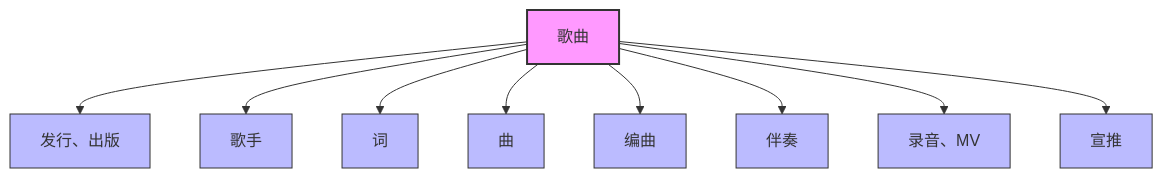
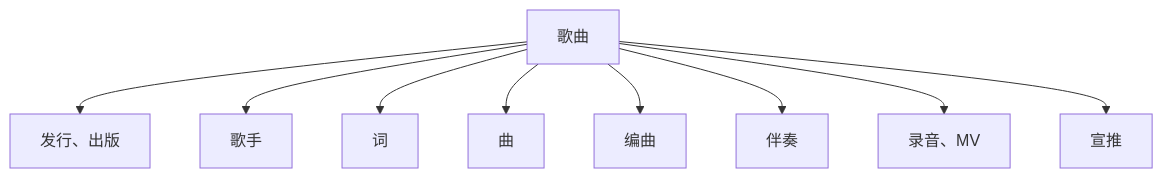
Before and after one commit to retroglot/notebook: the diagram in docs/index.md, drawn with Mermaid. The commit also changed other lines of this file, not shown here.

```diff
--- a/docs/index.md
+++ b/docs/index.md
@@ -81,21 +84,11 @@
 <div class="mermaid">
 graph TD
     A[歌曲] --> B[发行、出版]
     A --> C[歌手]
     A --> D[词]
     A --> E[曲]
     A --> F[编曲]
     A --> G[伴奏]
     A --> H[录音、MV]
     A --> I[宣推]
-    
-    style A fill:#f9f,stroke:#333,stroke-width:2px
-    style B fill:#bbf,stroke:#333,stroke-width:1px
-    style C fill:#bbf,stroke:#333,stroke-width:1px
-    style D fill:#bbf,stroke:#333,stroke-width:1px
-    style E fill:#bbf,stroke:#333,stroke-width:1px
-    style F fill:#bbf,stroke:#333,stroke-width:1px
-    style G fill:#bbf,stroke:#333,stroke-width:1px
-    style H fill:#bbf,stroke:#333,stroke-width:1px
-    style I fill:#bbf,stroke:#333,stroke-width:1px
 </div>
```
